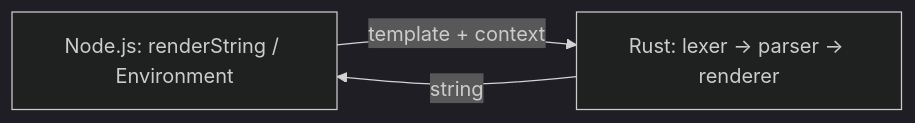
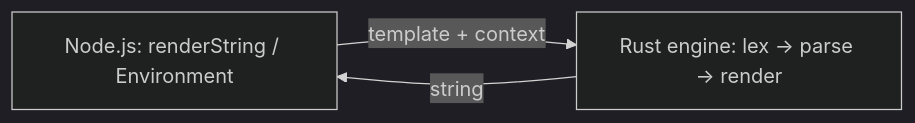
The diagram in docs/src/content/docs/guides/architecture.md (Nikolay-Pomytkin/runjucks), drawn with Mermaid (dark theme) before and after one commit. The commit also changed other lines of this file and 11 other files, not shown here.

````diff
--- a/docs/src/content/docs/guides/architecture.md
+++ b/docs/src/content/docs/guides/architecture.md
@@ -14,7 +14,7 @@
 ```mermaid
 flowchart LR
   JS["Node.js: renderString / Environment"]
-  R["Rust: lexer → parser → renderer"]
+  R["Rust engine: lex → parse → render"]
   JS -->|"template + context"| R
   R -->|"string"| JS
 ```
````
